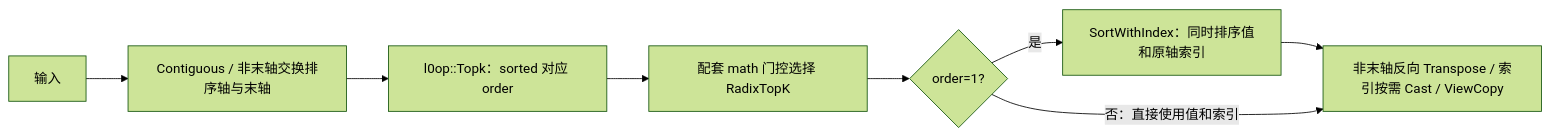
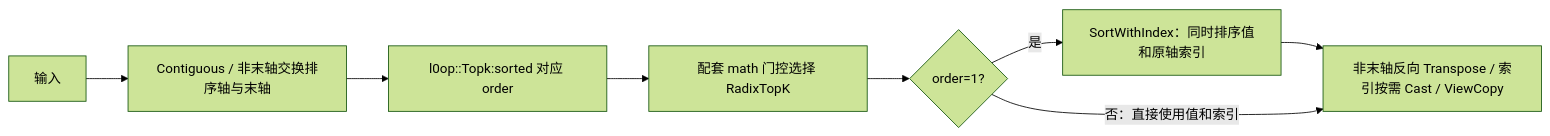
One commit to Atlas-Ascend-Fork/ops-math changed the diagram in math/select_top_k/docs/aclnnSelectTopK.md. Above: the diagram before and after it, drawn with Mermaid (forest theme). The commit also changed other lines of this file and 91 other files, not shown here.

````diff
--- a/math/select_top_k/docs/aclnnSelectTopK.md
+++ b/math/select_top_k/docs/aclnnSelectTopK.md
@@ -248,10 +248,10 @@
 ```mermaid
 flowchart LR
     X[输入] --> P[Contiguous / 非末轴交换排序轴与末轴]
-    P --> T[l0op::Topk：sorted 对应 order]
+    P --> T[l0op::Topk:sorted 对应 order]
     T --> R[配套 math 门控选择 RadixTopK]
     R --> D{order=1?}
     D -->|是| S[SortWithIndex：同时排序值和原轴索引]
     S --> U[非末轴反向 Transpose / 索引按需 Cast / ViewCopy]
     D -->|否：直接使用值和索引| U
 ```
````
